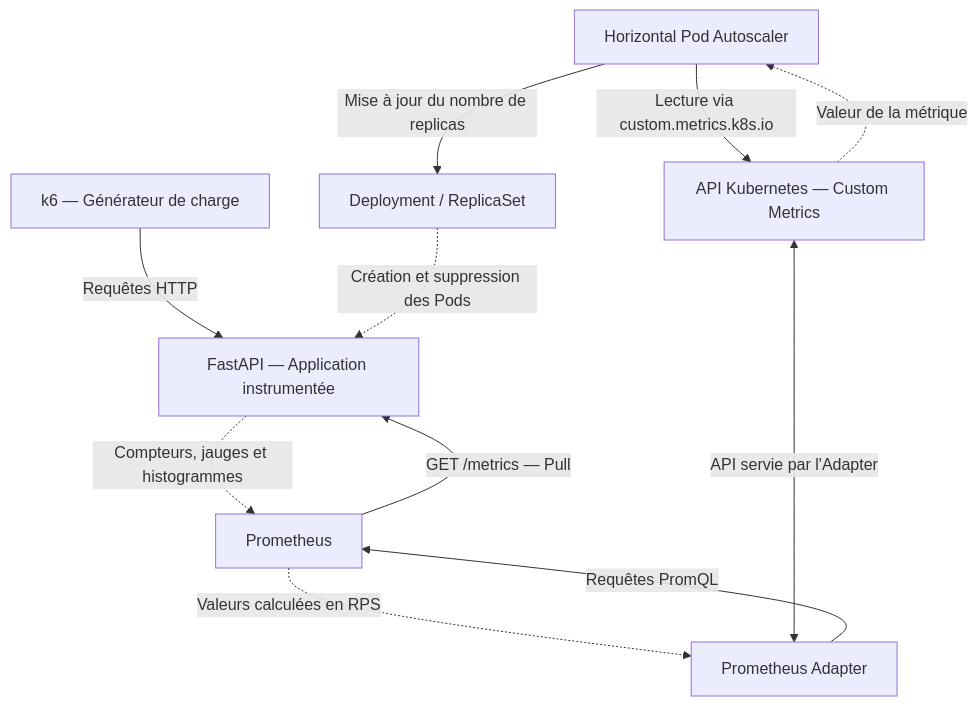
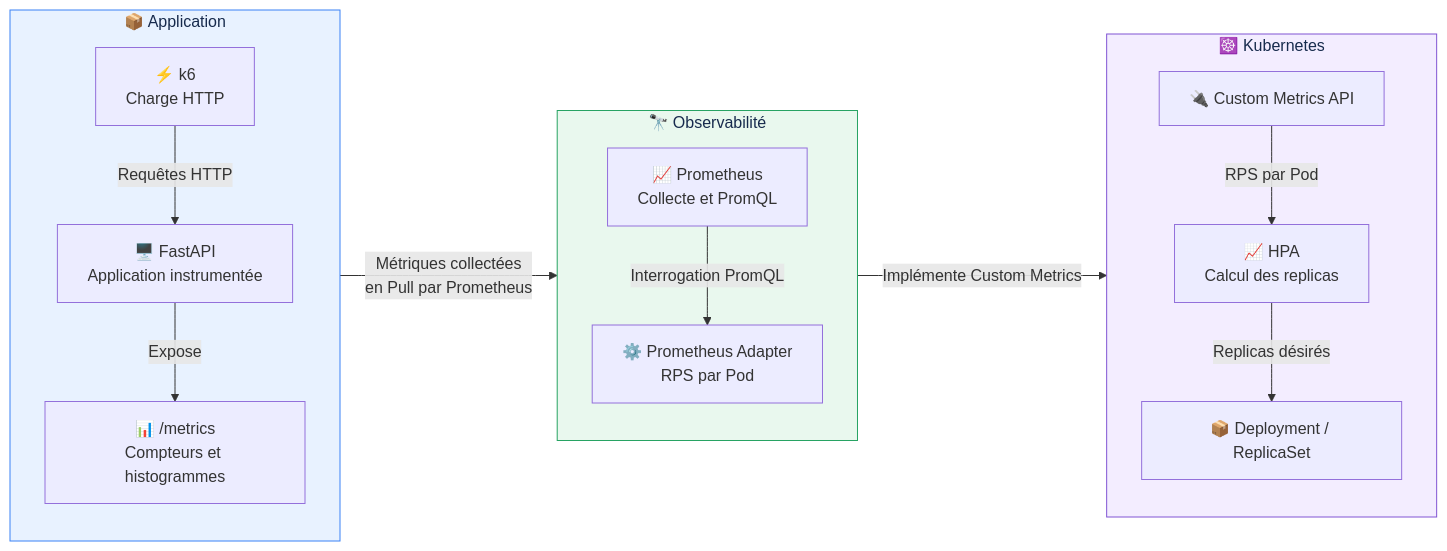
The diagram in README.md (BazinFlorent/scaling-patterns-k8s), drawn with Mermaid before and after one commit. The commit also changed other lines of this file, not shown here.

Commit message:
docs: clarifier le schéma fonctionnel du README

````diff
--- a/README.md
+++ b/README.md
@@ -13,13 +13,34 @@
 ```mermaid
-flowchart TB
-    K6["k6 — Générateur de charge"] -->|"Requêtes HTTP"| APP["FastAPI — Application instrumentée"]
-    PROM["Prometheus"] -->|"GET /metrics — Pull"| APP
-    APP -.->|"Compteurs, jauges et histogrammes"| PROM
-    ADAPTER["Prometheus Adapter"] -->|"Requêtes PromQL"| PROM
-    PROM -.->|"Valeurs calculées en RPS"| ADAPTER
-    HPA["Horizontal Pod Autoscaler"] -->|"Lecture via custom.metrics.k8s.io"| API["API Kubernetes — Custom Metrics"]
-    API <-->|"API servie par l'Adapter"| ADAPTER
-    API -.->|"Valeur de la métrique"| HPA
-    HPA -->|"Mise à jour du nombre de replicas"| DEP["Deployment / ReplicaSet"]
-    DEP -.->|"Création et suppression des Pods"| APP
+flowchart LR
+    subgraph A["📦 Application"]
+        direction TB
+        K6["⚡ k6<br/>Charge HTTP"]
+        APP["🖥️ FastAPI<br/>Application instrumentée"]
+        MET["📊 /metrics<br/>Compteurs et histogrammes"]
+        K6 -->|"Requêtes HTTP"| APP
+        APP -->|"Expose"| MET
+    end
+
+    subgraph O["🔭 Observabilité"]
+        direction TB
+        PROM["📈 Prometheus<br/>Collecte et PromQL"]
+        AD["⚙️ Prometheus Adapter<br/>RPS par Pod"]
+        PROM -->|"Interrogation PromQL"| AD
+    end
+
+    subgraph K["☸️ Kubernetes"]
+        direction TB
+        API["🔌 Custom Metrics API"]
+        HPA["📈 HPA<br/>Calcul des replicas"]
+        DEP["📦 Deployment / ReplicaSet"]
+        API -->|"RPS par Pod"| HPA
+        HPA -->|"Replicas désirés"| DEP
+    end
+
+    MET -->|"Métriques collectées<br/>en Pull par Prometheus"| PROM
+    AD -->|"Implémente Custom Metrics"| API
+
+    style A fill:#e8f2ff,stroke:#3b82f6,color:#172b4d
+    style O fill:#e9f8ee,stroke:#27a363,color:#172b4d
+    style K fill:#f3edff,stroke:#8055d4,color:#172b4d
 ```
````
